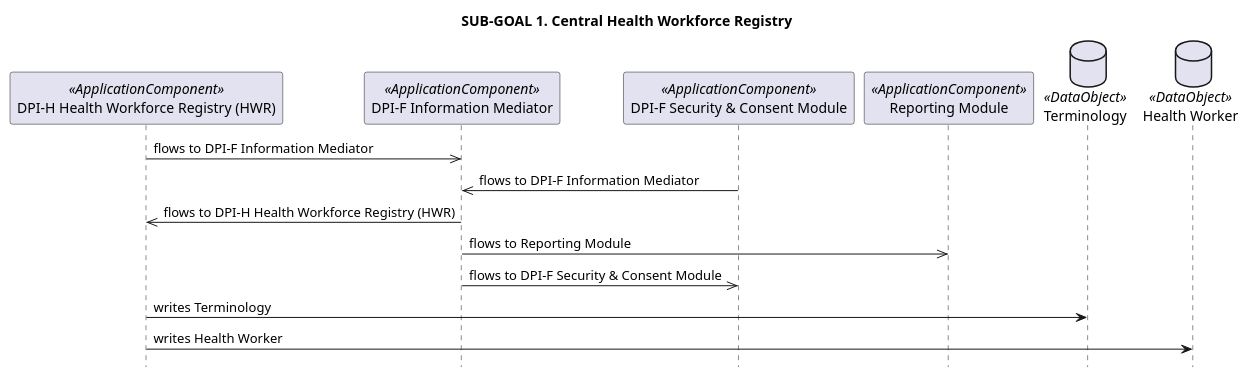
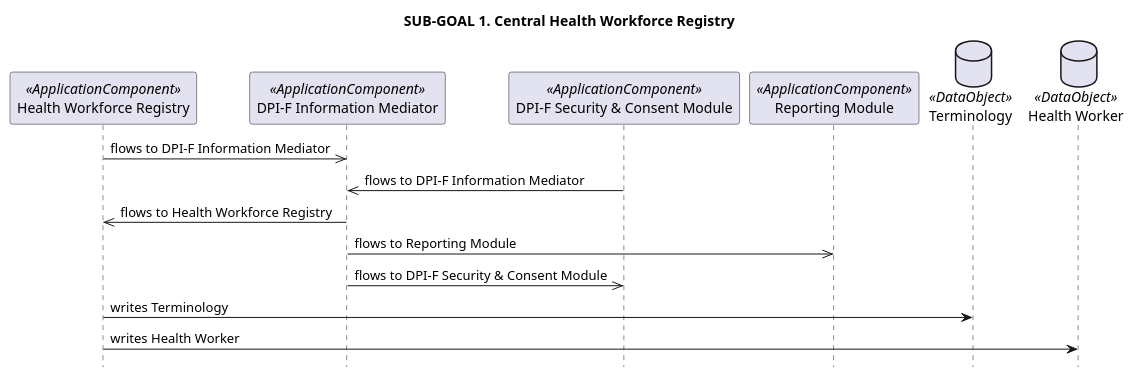
The second of 6 diagrams in archimate/0.3.0-draft.1/sequences.puml (litlfred/dth-phc), drawn with PlantUML before and after one commit. The commit also changed other lines of this file and 6573 other files, not shown here.

```diff
--- a/archimate/0.3.0-draft.1/sequences.puml
+++ b/archimate/0.3.0-draft.1/sequences.puml
@@ -32,18 +32,18 @@
 @startuml
 ' SUB-GOAL 1. Central Health Workforce Registry (id-6702871f89b641d4823ad05fbd2a4bdb): sequence diagram, derived by archimate-diagrams. Do not edit.
 title SUB-GOAL 1. Central Health Workforce Registry
 hide footbox
-participant "DPI-H Health Workforce Registry (HWR)" as id_350840520ae44f658b6ad3b3762e382e <<ApplicationComponent>>
+participant "Health Workforce Registry" as id_350840520ae44f658b6ad3b3762e382e <<ApplicationComponent>>
 participant "DPI-F Information Mediator" as id_3c5d846710034c4595e206e748d65e36 <<ApplicationComponent>>
 participant "DPI-F Security & Consent Module" as id_d79aa0eec0584b0792b44bca408afeb6 <<ApplicationComponent>>
 participant "Reporting Module" as id_bbd18f65be45490fbbaf02346511ae5e <<ApplicationComponent>>
 database "Terminology" as id_301912f3fcaf4648b0ebc3cbbfc3b447 <<DataObject>>
 database "Health Worker" as id_702c24bbd73341be9afc11c7e11e9810 <<DataObject>>
 id_350840520ae44f658b6ad3b3762e382e ->> id_3c5d846710034c4595e206e748d65e36 : flows to DPI-F Information Mediator
 id_d79aa0eec0584b0792b44bca408afeb6 ->> id_3c5d846710034c4595e206e748d65e36 : flows to DPI-F Information Mediator
-id_3c5d846710034c4595e206e748d65e36 ->> id_350840520ae44f658b6ad3b3762e382e : flows to DPI-H Health Workforce Registry (HWR)
+id_3c5d846710034c4595e206e748d65e36 ->> id_350840520ae44f658b6ad3b3762e382e : flows to Health Workforce Registry
 id_3c5d846710034c4595e206e748d65e36 ->> id_bbd18f65be45490fbbaf02346511ae5e : flows to Reporting Module
 id_3c5d846710034c4595e206e748d65e36 ->> id_d79aa0eec0584b0792b44bca408afeb6 : flows to DPI-F Security & Consent Module
 id_350840520ae44f658b6ad3b3762e382e -> id_301912f3fcaf4648b0ebc3cbbfc3b447 : writes Terminology
 id_350840520ae44f658b6ad3b3762e382e -> id_702c24bbd73341be9afc11c7e11e9810 : writes Health Worker
 @enduml
```
